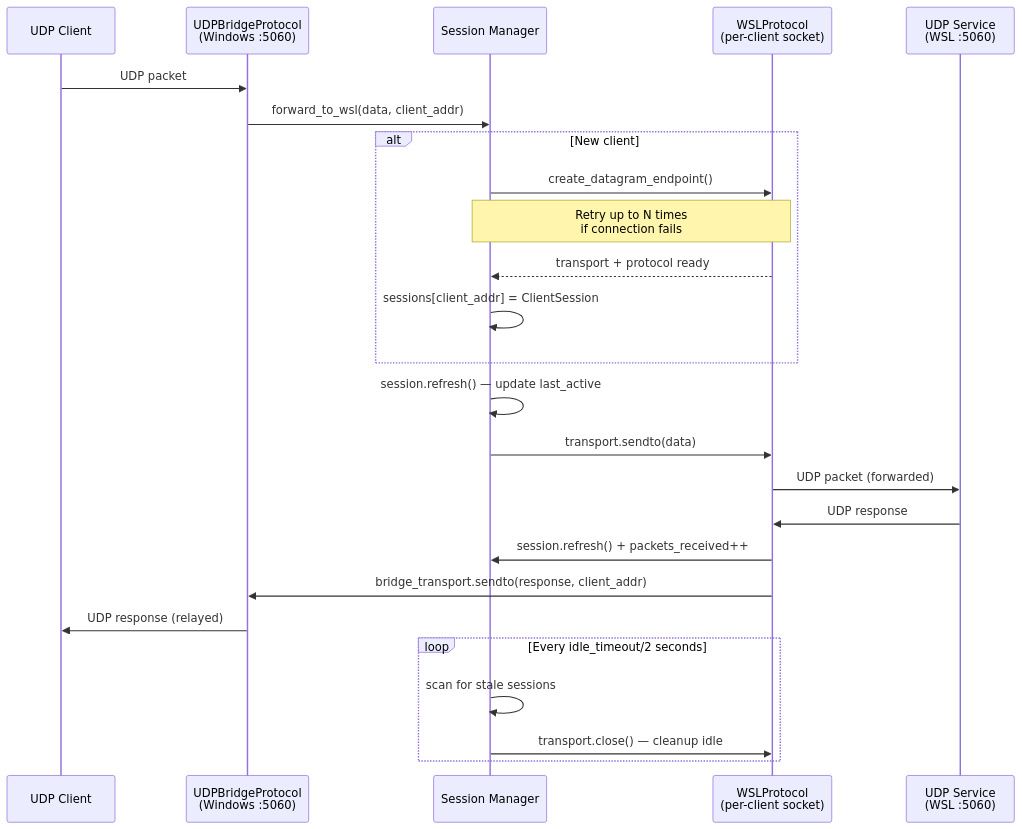
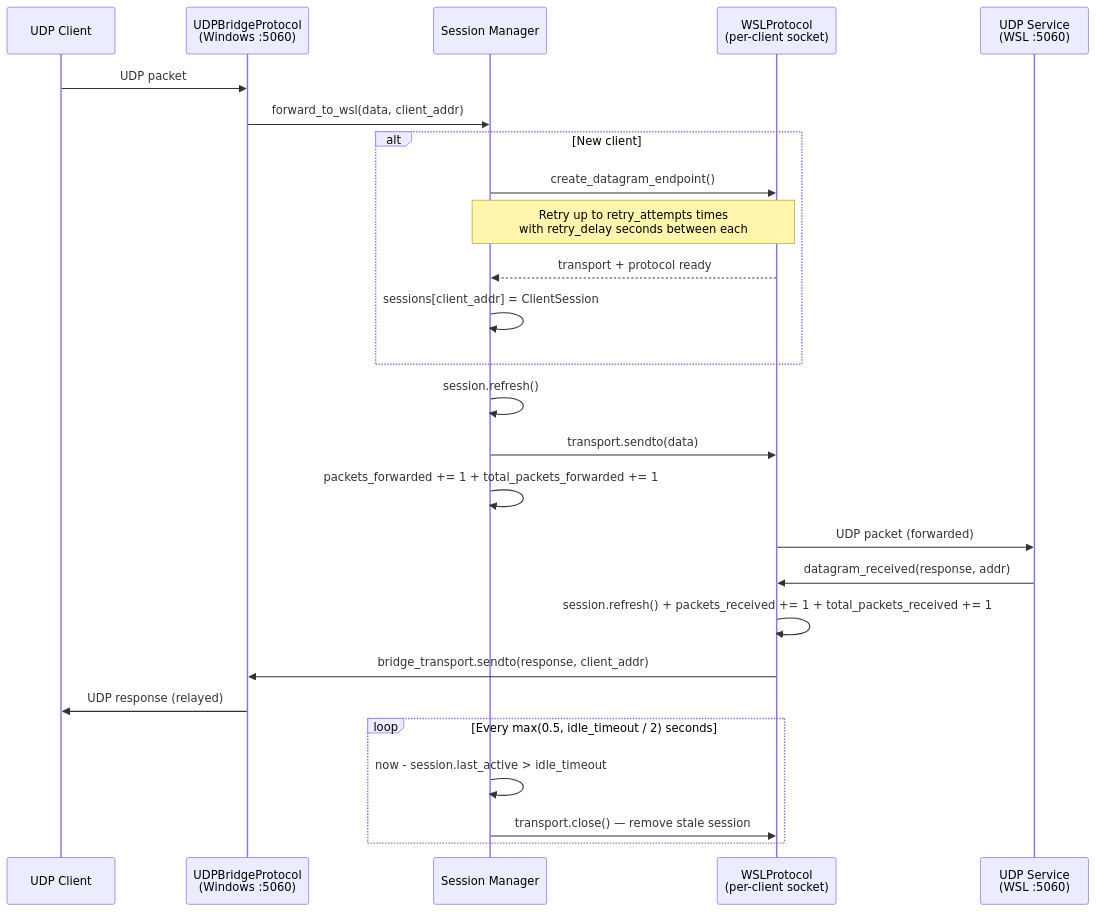
The second of 2 diagrams in README.md (astralborn/WindowsWslPortBridge), drawn with Mermaid before and after one commit. The commit also changed other lines of this file, not shown here.

Commit message:
docs: update README with improved session management details and logging format

````diff
--- a/README.md
+++ b/README.md
@@ -146,32 +151,33 @@
 ```mermaid
 sequenceDiagram
     participant C as UDP Client
     participant B as UDPBridgeProtocol<br/>(Windows :5060)
     participant SM as Session Manager
     participant W as WSLProtocol<br/>(per-client socket)
     participant S as UDP Service<br/>(WSL :5060)
 
     C->>B: UDP packet
     B->>SM: forward_to_wsl(data, client_addr)
 
     alt New client
         SM->>W: create_datagram_endpoint()
-        Note over SM,W: Retry up to N times<br/>if connection fails
+        Note over SM,W: Retry up to retry_attempts times<br/>with retry_delay seconds between each
         W-->>SM: transport + protocol ready
         SM->>SM: sessions[client_addr] = ClientSession
     end
 
-    SM->>SM: session.refresh() — update last_active
+    SM->>SM: session.refresh()
     SM->>W: transport.sendto(data)
+    SM->>SM: packets_forwarded += 1 + total_packets_forwarded += 1
     W->>S: UDP packet (forwarded)
 
-    S->>W: UDP response
-    W->>SM: session.refresh() + packets_received++
+    S->>W: datagram_received(response, addr)
+    W->>W: session.refresh() + packets_received += 1 + total_packets_received += 1
     W->>B: bridge_transport.sendto(response, client_addr)
     B->>C: UDP response (relayed)
 
-    loop Every idle_timeout/2 seconds
-        SM->>SM: scan for stale sessions
-        SM->>W: transport.close() — cleanup idle
+    loop Every max(0.5, idle_timeout / 2) seconds
+        SM->>SM: now - session.last_active > idle_timeout
+        SM->>W: transport.close() — remove stale session
     end
 ```
````
